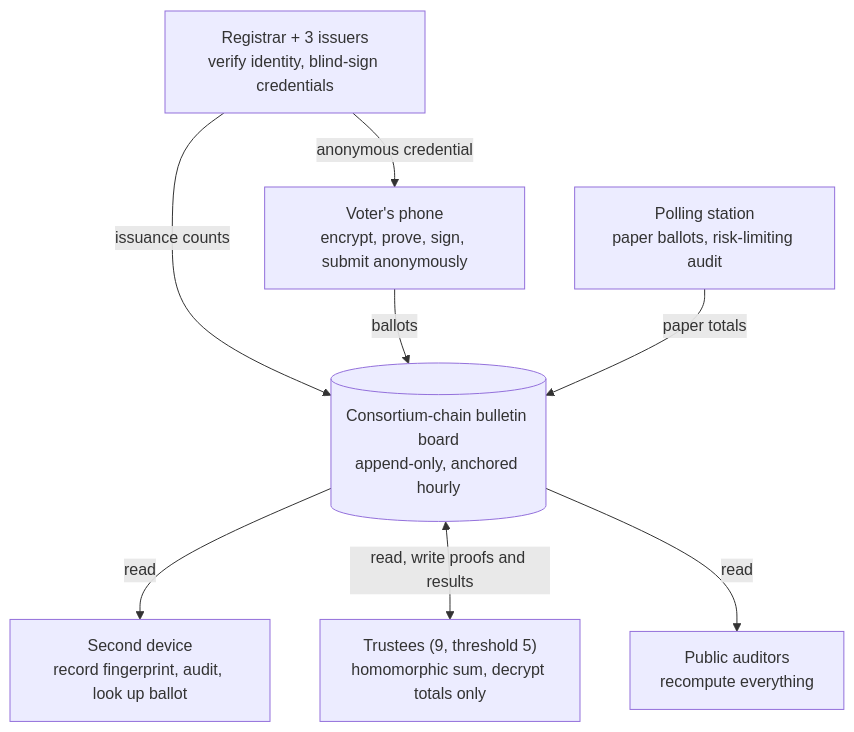
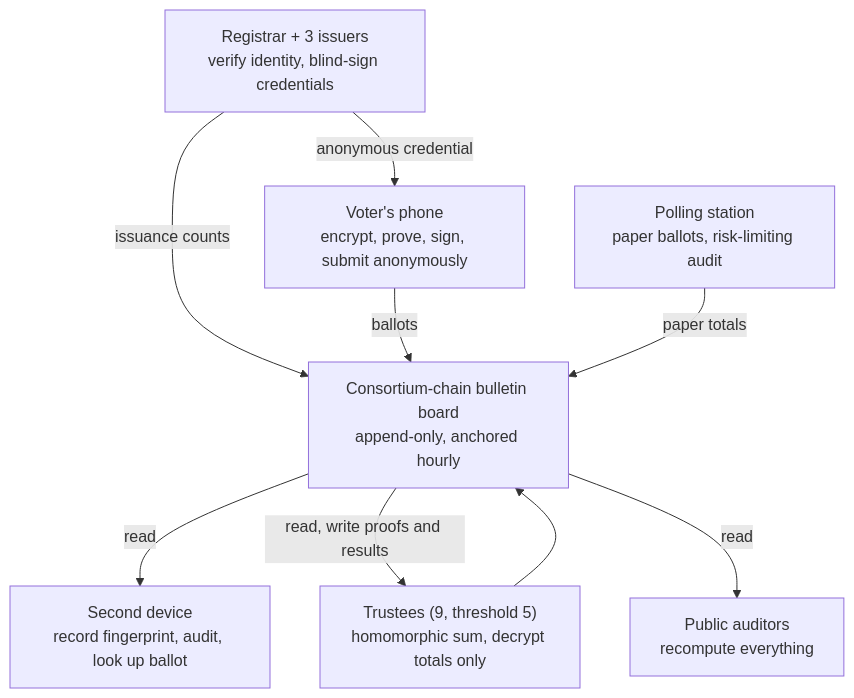
Before and after one commit to tommaru66-pixel/e2e-verifiable-voting: the diagram in README.md, drawn with Mermaid. The commit also changed 8 other files, not shown here.

First line of the commit message:
Simplify architecture diagram syntax for GitHub rendering

````diff
--- a/README.md
+++ b/README.md
@@ -9,10 +9,11 @@
 ```mermaid
 flowchart TB
   R["Registrar + 3 issuers<br/>verify identity, blind-sign credentials"] -->|anonymous credential| P["Voter's phone<br/>encrypt, prove, sign, submit anonymously"]
   R -->|issuance counts| B
-  P -->|ballots| B[("Consortium-chain bulletin board<br/>append-only, anchored hourly")]
+  P -->|ballots| B["Consortium-chain bulletin board<br/>append-only, anchored hourly"]
   S["Polling station<br/>paper ballots, risk-limiting audit"] -->|paper totals| B
   B -->|read| D["Second device<br/>record fingerprint, audit, look up ballot"]
-  B <-->|read, write proofs and results| T["Trustees (9, threshold 5)<br/>homomorphic sum, decrypt totals only"]
+  B -->|read, write proofs and results| T["Trustees (9, threshold 5)<br/>homomorphic sum, decrypt totals only"]
+  T --> B
   B -->|read| A["Public auditors<br/>recompute everything"]
 ```
````
